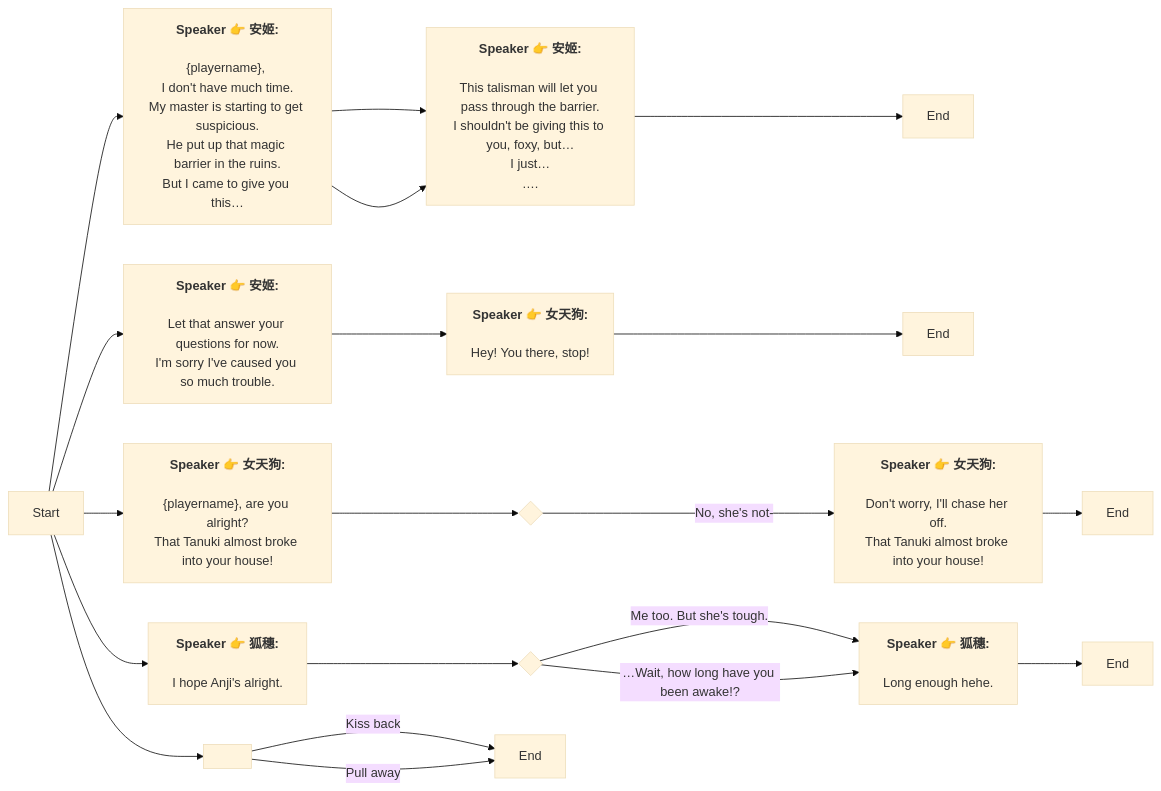
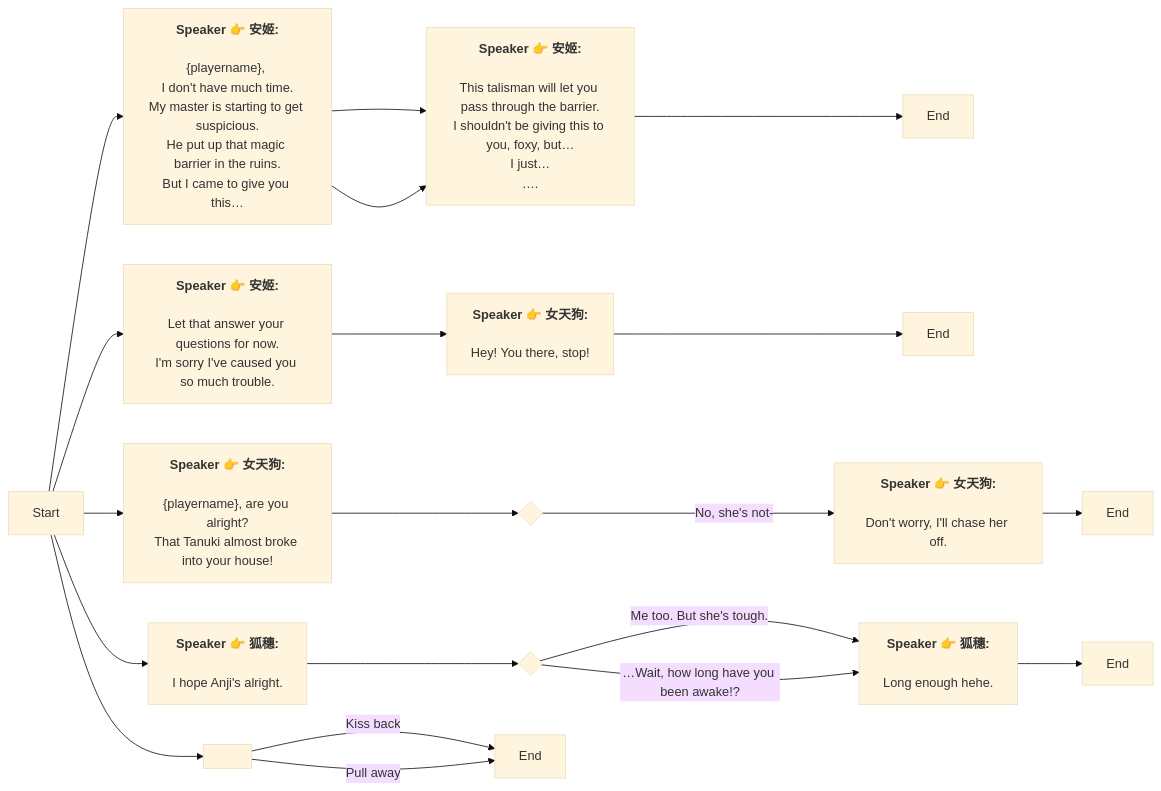
Before and after one commit to SoftHu/tos_avg: the diagram in Zh/heart_4_6_2_7.md, drawn with Mermaid (base theme). The commit also changed 228 other files, not shown here.

````diff
--- a/Zh/heart_4_6_2_7.md
+++ b/Zh/heart_4_6_2_7.md
@@ -1,57 +1,56 @@
 ```mermaid
 graph LR
 Start -->1766666176024857[<b>Speaker 👉 安姬:</b>
 
 &lbrace;playername&rbrace;, 
 I don't have much time.
 My master is starting to get suspicious.
 He put up that magic barrier in the ruins.
 But I came to give you this…]
 1766666176024857 -->1766666297190683[<b>Speaker 👉 安姬:</b>
 
 This talisman will let you pass through the barrier.
 I shouldn't be giving this to you, foxy, but…
 I just…
 ….]
 1766666176024857 -->1766666297190683[<b>Speaker 👉 安姬:</b>
 
 This talisman will let you pass through the barrier.
 I shouldn't be giving this to you, foxy, but…
 I just…
 ….]
 1766666297190683 -->1768080357891162[End]
 Start -->1766672157337891[<b>Speaker 👉 安姬:</b>
 
 Let that answer your questions for now.
 I'm sorry I've caused you so much trouble.]
 1766672157337891 -->1766672484067623[<b>Speaker 👉 女天狗:</b>
 
 Hey! You there, stop!
 ]
 1766672484067623 -->1766681055228200[End]
 Start -->1766681208037674[<b>Speaker 👉 女天狗:</b>
 
 &lbrace;playername&rbrace;, are you alright?
 That Tanuki almost broke into your house! ]
 1766681208037674 -->1766681246553387{ }
 1766681246553387 -->|No, she's not-|1766681252663598[<b>Speaker 👉 女天狗:</b>
 
-Don't worry, I'll chase her off.
-That Tanuki almost broke into your house! ]
+Don't worry, I'll chase her off.]
 1766681252663598 -->1766681271604527[End]
 Start -->1766681352883506[<b>Speaker 👉 狐穗:</b>
 
 I hope Anji's alright.]
 1766681352883506 -->1766681390773558{ }
 1766681390773558 -->|Me too. But she's tough.|1766681464737083[<b>Speaker 👉 狐穗:</b>
 
 Long enough hehe.]
 1766681390773558 -->|…Wait, how long have you been awake!?|1766681464737083[<b>Speaker 👉 狐穗:</b>
 
 Long enough hehe.]
 1766681464737083 -->1766681281528113[End]
 Start -->1766672127542558[ ]
 1766672127542558 -->|Kiss back|1766666320771356[End]
 1766672127542558 -->|Pull away|1766666320771356[End]
 
  ```
````
